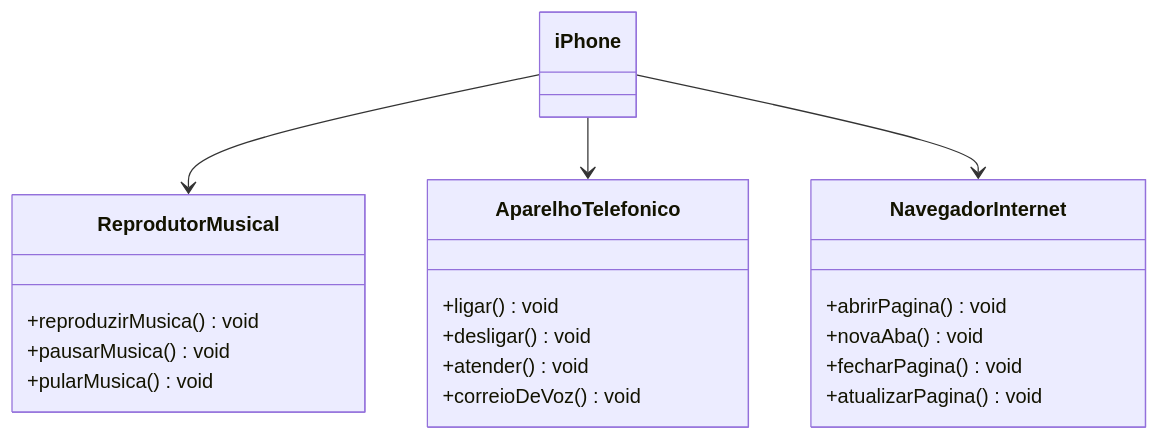
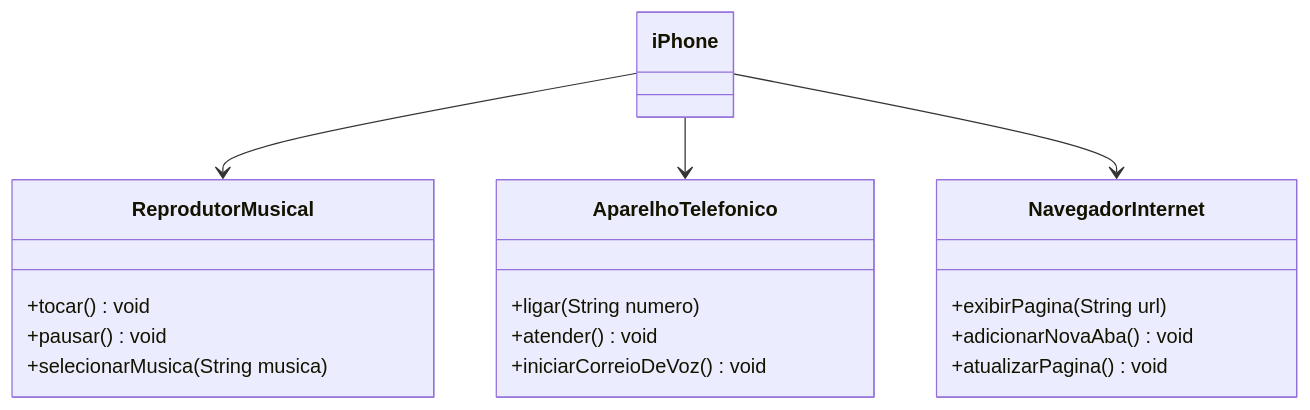
Before and after one commit to ludmyllacaetano/dio-UML-java-basico: the diagram in README.md, drawn with Mermaid.

````diff
--- a/README.md
+++ b/README.md
@@ -3,29 +3,27 @@
 ```mermaid
     classDiagram
     class ReprodutorMusical {
-      +reproduzirMusica() void
-      +pausarMusica() void
-      +pularMusica() void
+      +tocar() void
+      +pausar() void
+      +selecionarMusica(String musica) 
     }
 
     class AparelhoTelefonico {
-      +ligar() void
-      +desligar() void
+      +ligar(String numero)
       +atender() void
-      +correioDeVoz() void
+      +iniciarCorreioDeVoz() void
       }
   
     class NavegadorInternet {
-      +abrirPagina() void
-      +novaAba() void
-      +fecharPagina() void
+      +exibirPagina(String url)
+      +adicionarNovaAba() void
       +atualizarPagina() void
       }
   
     class iPhone {
       }
   
     iPhone --> ReprodutorMusical
     iPhone --> AparelhoTelefonico
     iPhone --> NavegadorInternet
 ```
````
